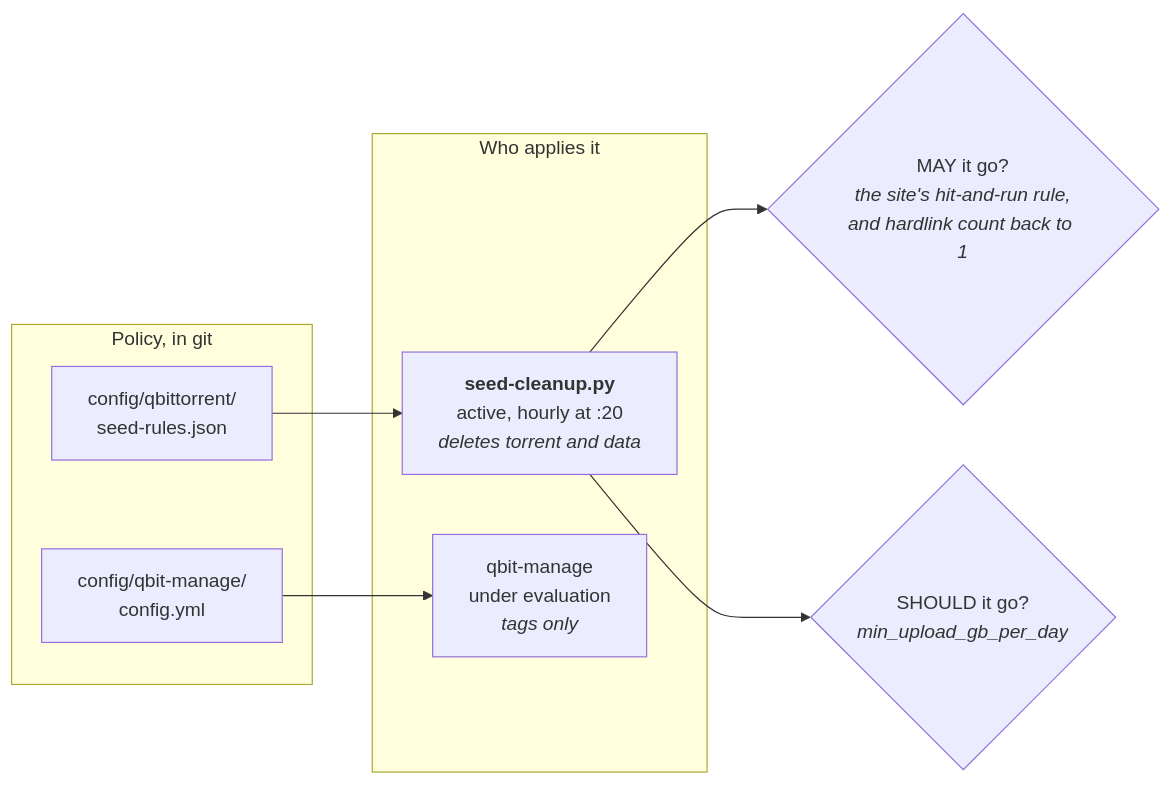
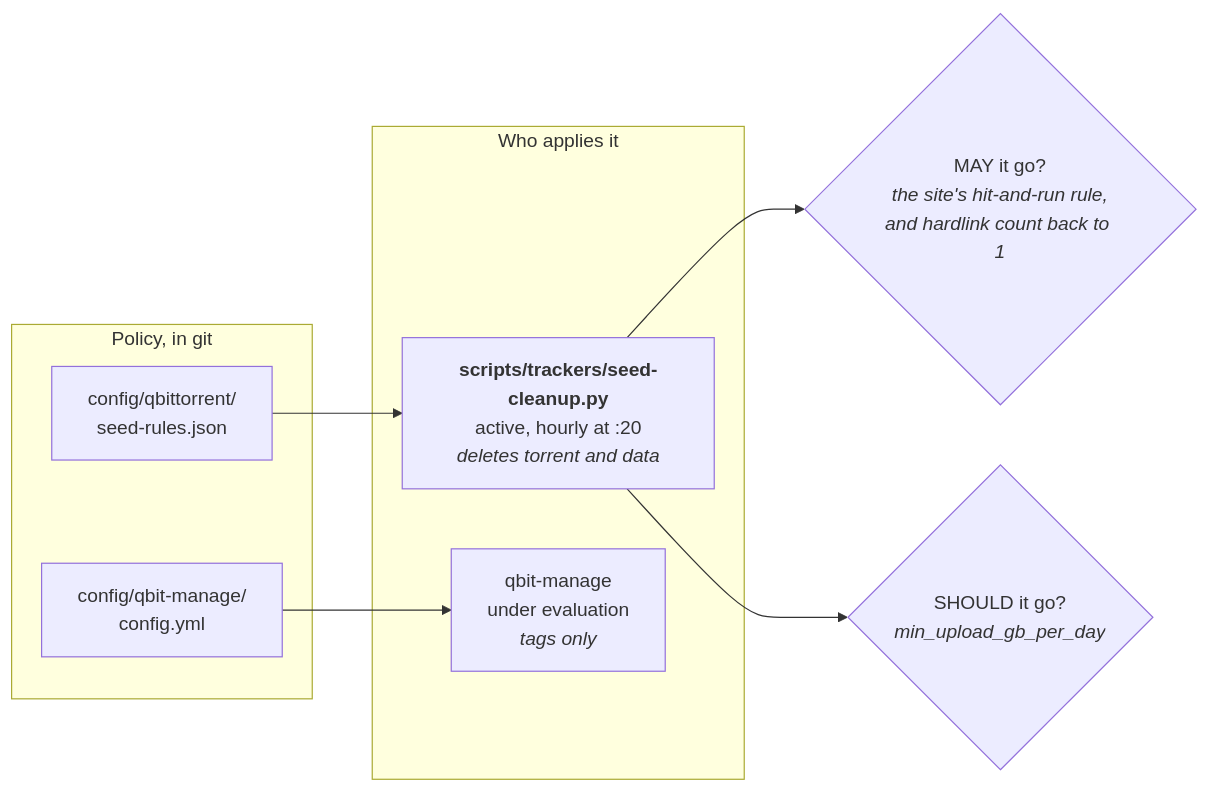
The sixth of 7 diagrams in docs/architecture.md (PlatanosVerdes/rpi-homeserver), drawn with Mermaid before and after one commit. The commit also changed other lines of this file and 48 other files, not shown here.

````diff
--- a/docs/architecture.md
+++ b/docs/architecture.md
@@ -217,16 +217,16 @@
 ```mermaid
 flowchart LR
   subgraph P["Policy, in git"]
     SR["config/qbittorrent/<br/>seed-rules.json"]
     QM["config/qbit-manage/<br/>config.yml"]
   end
   subgraph E["Who applies it"]
-    SC["<b>seed-cleanup.py</b><br/>active, hourly at :20<br/><i>deletes torrent and data</i>"]
+    SC["<b>scripts/trackers/seed-cleanup.py</b><br/>active, hourly at :20<br/><i>deletes torrent and data</i>"]
     QB["qbit-manage<br/>under evaluation<br/><i>tags only</i>"]
   end
   SR --> SC
   QM --> QB
   SC --> Q1 & Q2
   Q1{"MAY it go?<br/><i>the site's hit-and-run rule,<br/>and hardlink count back to 1</i>"}
   Q2{"SHOULD it go?<br/><i>min_upload_gb_per_day</i>"}
 ```
````
